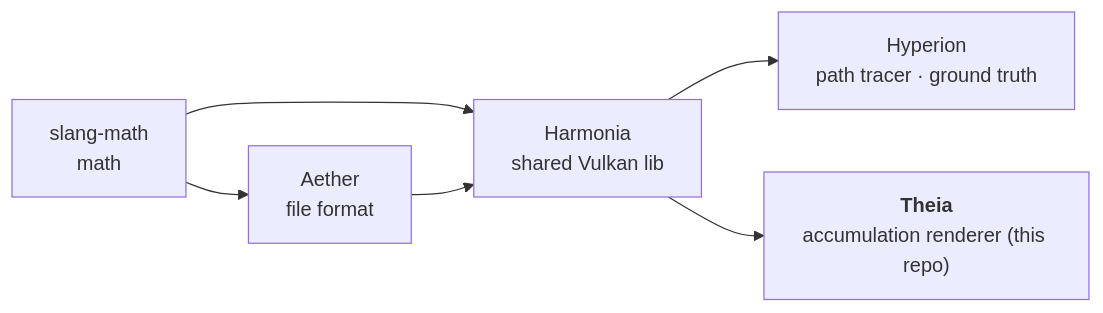
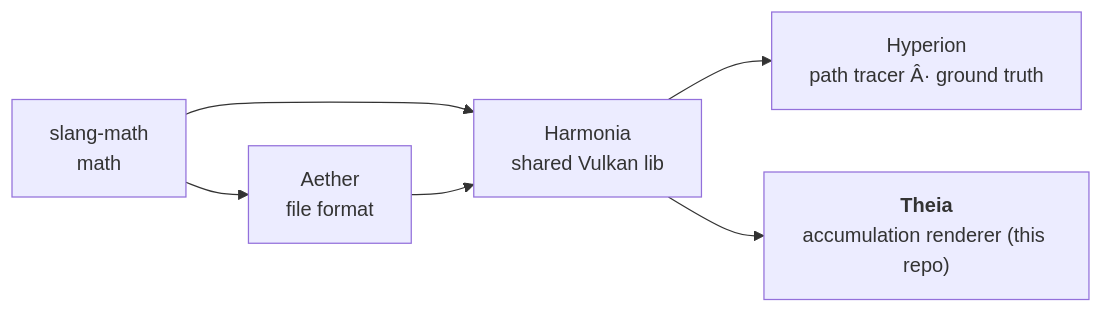
Before and after one commit to McNopper/Theia: the first of 2 diagrams in AGENTS.md, drawn with Mermaid. The commit also changed other lines of this file and 36 other files, not shown here.

````diff
--- a/AGENTS.md
+++ b/AGENTS.md
@@ -22,8 +22,8 @@
 ```mermaid
 flowchart LR
     SM["slang-math<br/>math"] --> A["Aether<br/>file format"]
     SM --> H
     A --> H["Harmonia<br/>shared Vulkan lib"]
-    H --> Hy["Hyperion<br/>path tracer · ground truth"]
+    H --> Hy["Hyperion<br/>path tracer Â· ground truth"]
     H --> T["<b>Theia</b><br/>accumulation renderer (this repo)"]
 ```
````
